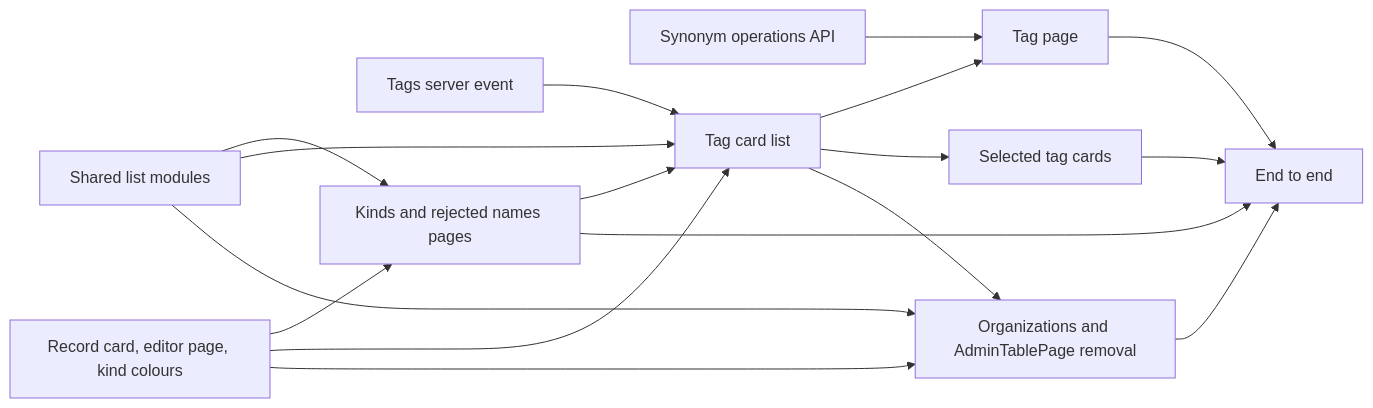
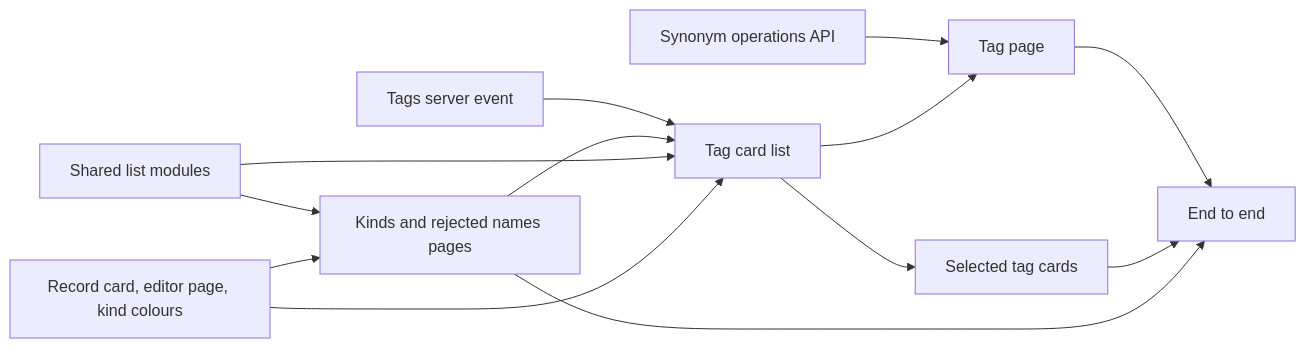
Before and after one commit to syudead/vv: the fourth of 4 diagrams in specs/070-tag-workbench/plan.md, drawn with Mermaid. The commit also changed other lines of this file, not shown here.

````diff
--- a/specs/070-tag-workbench/plan.md
+++ b/specs/070-tag-workbench/plan.md
@@ -260,19 +280,15 @@
 ```mermaid
 flowchart LR
   ops[Synonym operations API] --> page[Tag page]
   ev[Tags server event] --> list[Tag card list]
   move[Shared list modules] --> views[Kinds and rejected names pages]
   ds[Record card, editor page, kind colours] --> views
   views --> list
   move --> list
   ds --> list
   list --> page
   list --> bulk[Selected tag cards]
-  move --> orgs[Organizations and AdminTablePage removal]
-  ds --> orgs
-  list --> orgs
   page --> e2e[End to end]
   bulk --> e2e
   views --> e2e
-  orgs --> e2e
 ```
````
